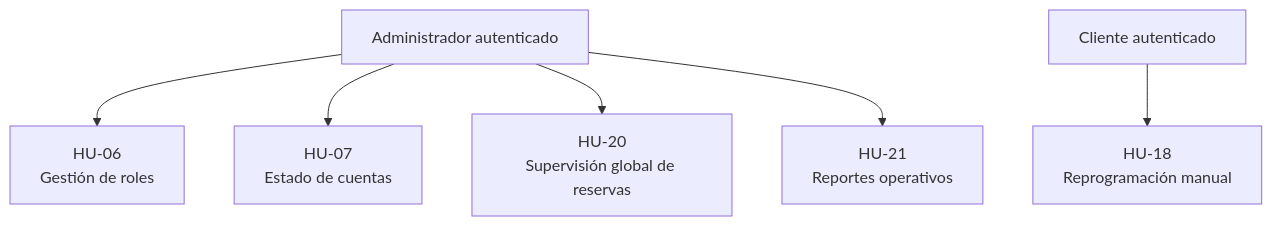
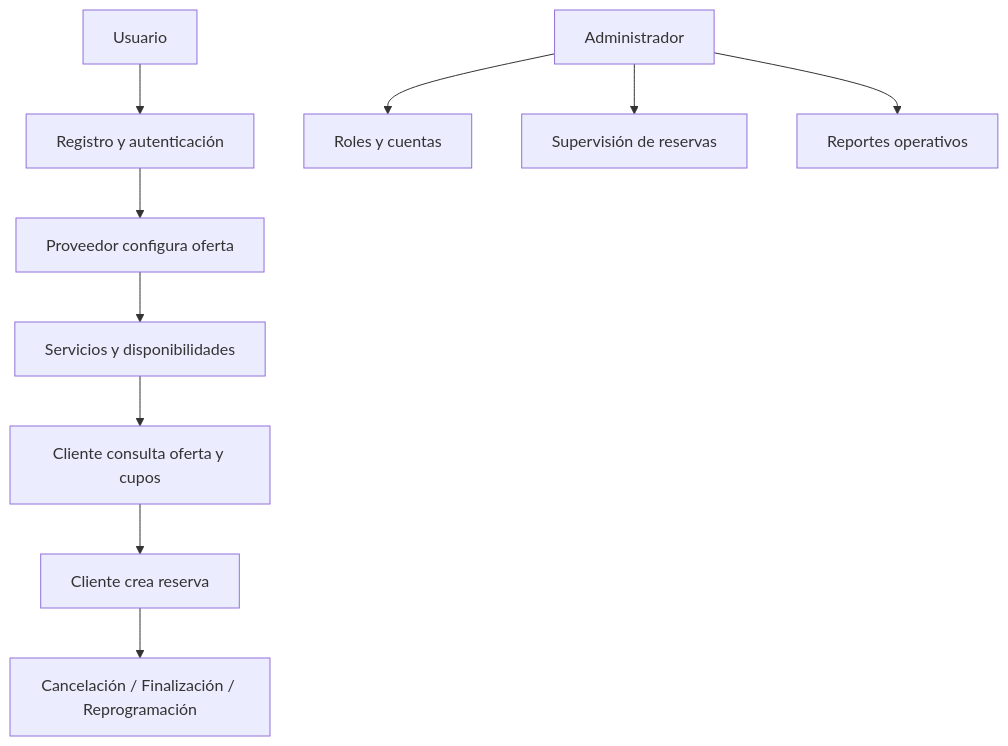
One commit to spalacioc05/EAP09-Caso15-ReservasServicios-2026-1 changed the third of 4 diagrams in README.md. Above: the diagram before and after it, drawn with Mermaid. The commit also changed other lines of this file, not shown here.

````diff
--- a/README.md
+++ b/README.md
@@ -280,8 +388,12 @@
 ```mermaid
 flowchart TD
-    Admin[Administrador autenticado] --> Roles[HU-06<br/>Gestión de roles]
-    Admin --> Status[HU-07<br/>Estado de cuentas]
-    Admin --> Supervision[HU-20<br/>Supervisión global de reservas]
-    Admin --> Reports[HU-21<br/>Reportes operativos]
-    Client[Cliente autenticado] --> Reschedule[HU-18<br/>Reprogramación manual]
+    U[Usuario] --> Auth[Registro y autenticación]
+    Auth --> Provider[Proveedor configura oferta]
+    Provider --> Availability[Servicios y disponibilidades]
+    Availability --> Customer[Cliente consulta oferta y cupos]
+    Customer --> Booking[Cliente crea reserva]
+    Booking --> Lifecycle[Cancelación / Finalización / Reprogramación]
+    Admin[Administrador] --> Governance[Roles y cuentas]
+    Admin --> Supervision[Supervisión de reservas]
+    Admin --> Reports[Reportes operativos]
 ```
````
